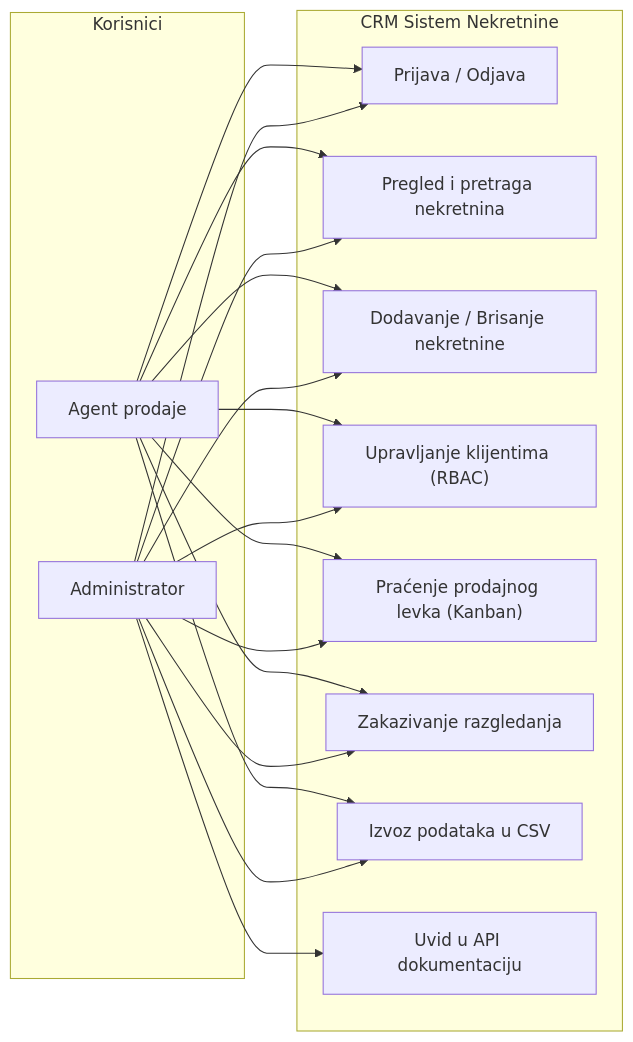
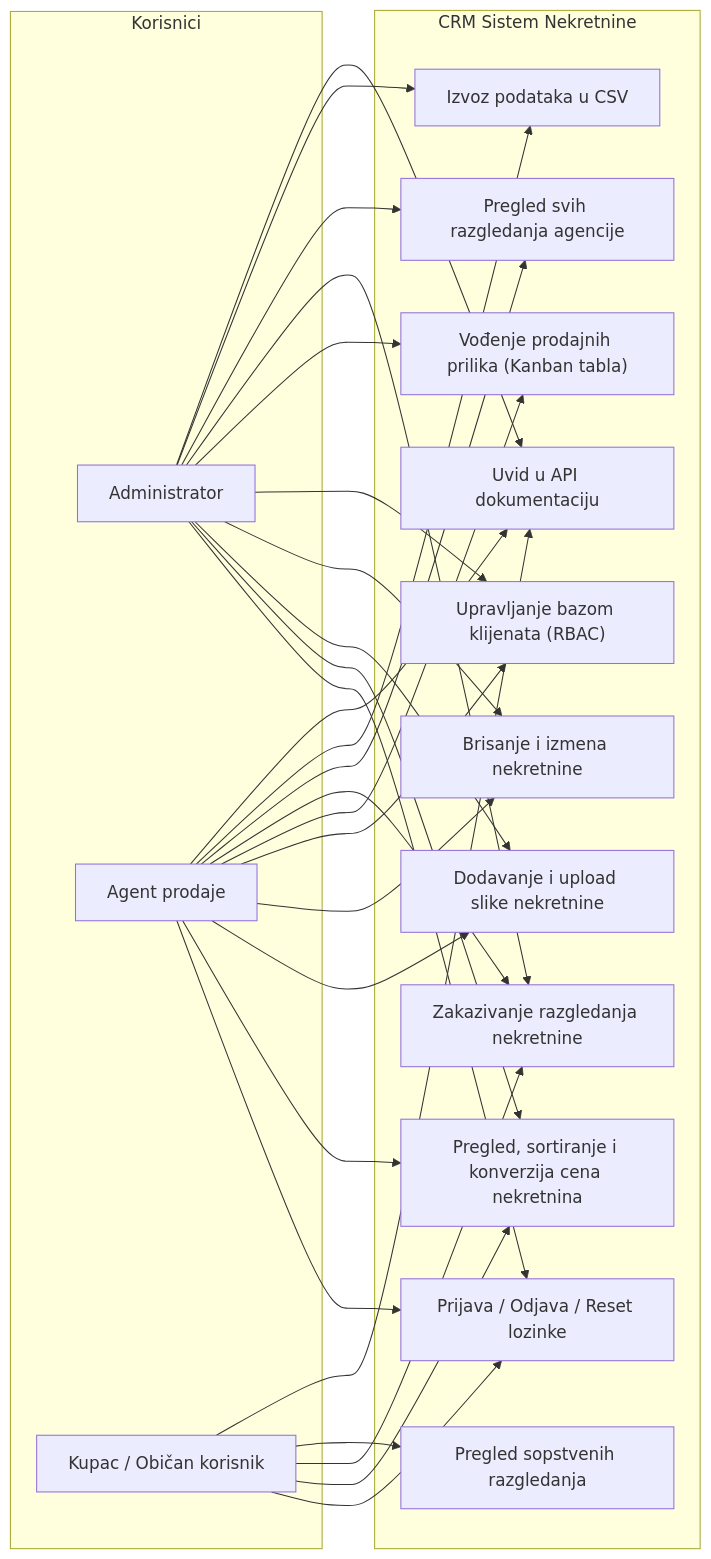
One commit to vuklaketic/internet-tehnologije-projekat-crm-nekretnine_2023_0013 changed the first of 6 diagrams in DOCS_SKELETON.md. Above: the diagram before and after it, drawn with Mermaid. The commit also changed other lines of this file and 2 other files, not shown here.

Commit message:
azurirana tehnicka dokumentacija sa dijagramima sekvenci i dopunjena OpenAPI specifikacija

````diff
--- a/DOCS_SKELETON.md
+++ b/DOCS_SKELETON.md
@@ -43,35 +50,50 @@
 ```mermaid
 flowchart LR
     subgraph Korisnici
         Admin["Administrator"]
         Agent["Agent prodaje"]
+        Kupac["Kupac / Običan korisnik"]
     end
 
     subgraph "CRM Sistem Nekretnine"
-        UC1["Prijava / Odjava"]
-        UC2["Pregled i pretraga nekretnina"]
-        UC3["Dodavanje / Brisanje nekretnine"]
-        UC4["Upravljanje klijentima (RBAC)"]
-        UC5["Praćenje prodajnog levka (Kanban)"]
-        UC6["Zakazivanje razgledanja"]
-        UC7["Izvoz podataka u CSV"]
-        UC8["Uvid u API dokumentaciju"]
+        UC1["Prijava / Odjava / Reset lozinke"]
+        UC2["Pregled, sortiranje i konverzija cena nekretnina"]
+        UC3["Dodavanje i upload slike nekretnine"]
+        UC4["Brisanje i izmena nekretnine"]
+        UC5["Upravljanje bazom klijenata (RBAC)"]
+        UC6["Vođenje prodajnih prilika (Kanban tabla)"]
+        UC7["Zakazivanje razgledanja nekretnine"]
+        UC8["Pregled sopstvenih razgledanja"]
+        UC9["Pregled svih razgledanja agencije"]
+        UC10["Izvoz podataka u CSV"]
+        UC11["Uvid u API dokumentaciju"]
     end
 
     Admin --> UC1
     Admin --> UC2
     Admin --> UC3
     Admin --> UC4
     Admin --> UC5
     Admin --> UC6
     Admin --> UC7
-    Admin --> UC8
+    Admin --> UC9
+    Admin --> UC10
+    Admin --> UC11
 
     Agent --> UC1
     Agent --> UC2
     Agent --> UC3
     Agent --> UC4
     Agent --> UC5
     Agent --> UC6
     Agent --> UC7
+    Agent --> UC9
+    Agent --> UC10
+    Agent --> UC11
+
+    Kupac --> UC1
+    Kupac --> UC2
+    Kupac --> UC7
+    Kupac --> UC8
+    Kupac --> UC11
 ```
````
